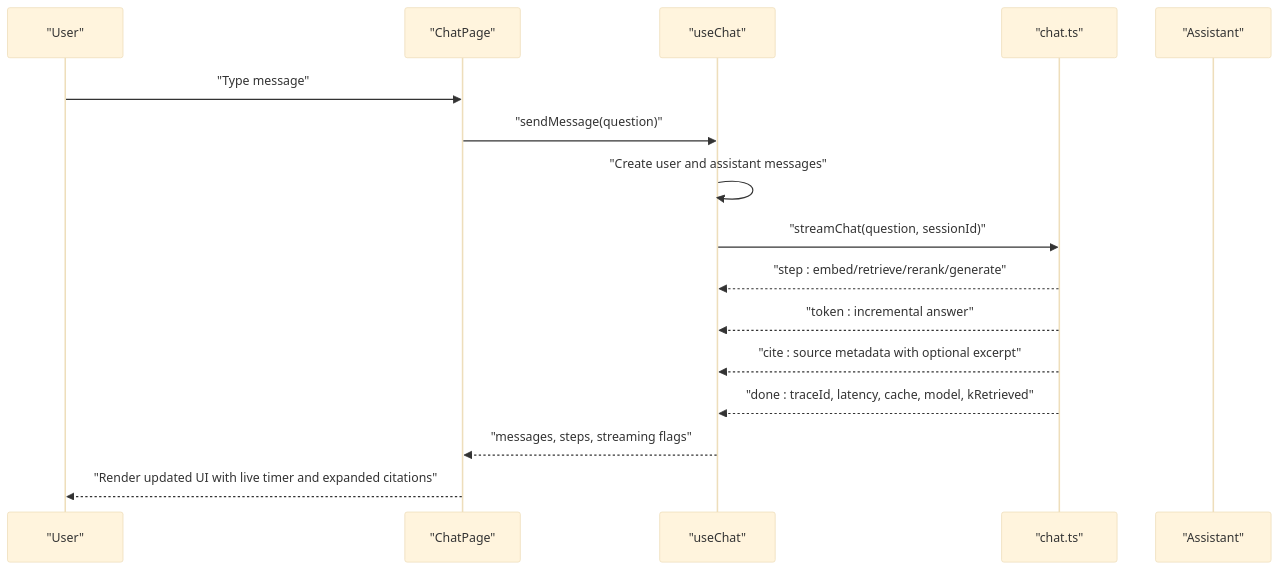
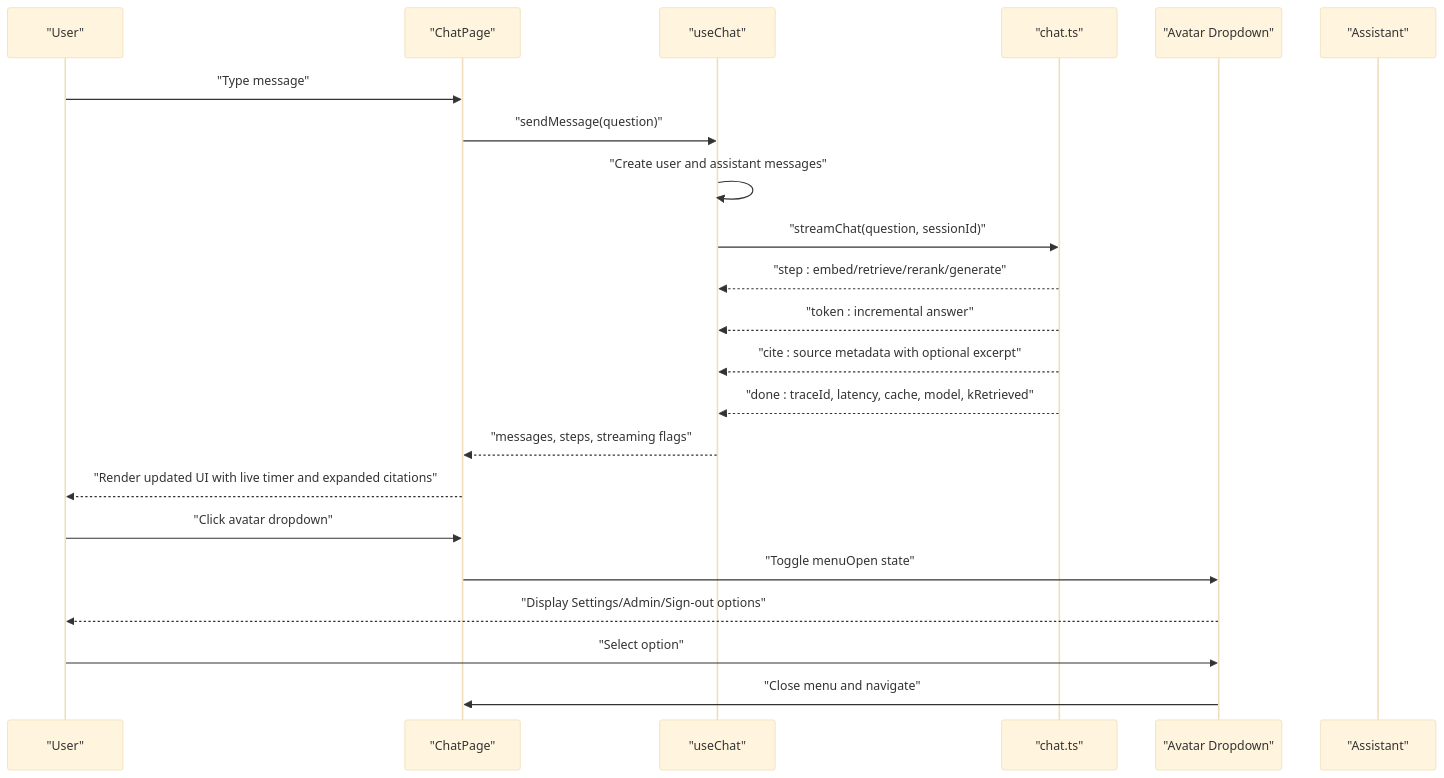
Before and after one commit to genes8/private-ai: the second of 3 diagrams in .qoder/repowiki/en/content/Frontend Application/Chat Interface.md, drawn with Mermaid (base theme). The commit also changed other lines of this file and 55 other files, not shown here.

````diff
--- a/.qoder/repowiki/en/content/Frontend Application/Chat Interface.md
+++ b/.qoder/repowiki/en/content/Frontend Application/Chat Interface.md
@@ -116,18 +125,24 @@
 ```mermaid
 sequenceDiagram
 participant U as "User"
 participant CP as "ChatPage"
 participant HC as "useChat"
 participant API as "chat.ts"
+participant AD as "Avatar Dropdown"
 participant AS as "Assistant"
 U->>CP : "Type message"
 CP->>HC : "sendMessage(question)"
 HC->>HC : "Create user and assistant messages"
 HC->>API : "streamChat(question, sessionId)"
 API-->>HC : "step : embed/retrieve/rerank/generate"
 API-->>HC : "token : incremental answer"
 API-->>HC : "cite : source metadata with optional excerpt"
 API-->>HC : "done : traceId, latency, cache, model, kRetrieved"
 HC-->>CP : "messages, steps, streaming flags"
 CP-->>U : "Render updated UI with live timer and expanded citations"
+U->>CP : "Click avatar dropdown"
+CP->>AD : "Toggle menuOpen state"
+AD-->>U : "Display Settings/Admin/Sign-out options"
+U->>AD : "Select option"
+AD->>CP : "Close menu and navigate"
 ```
````
